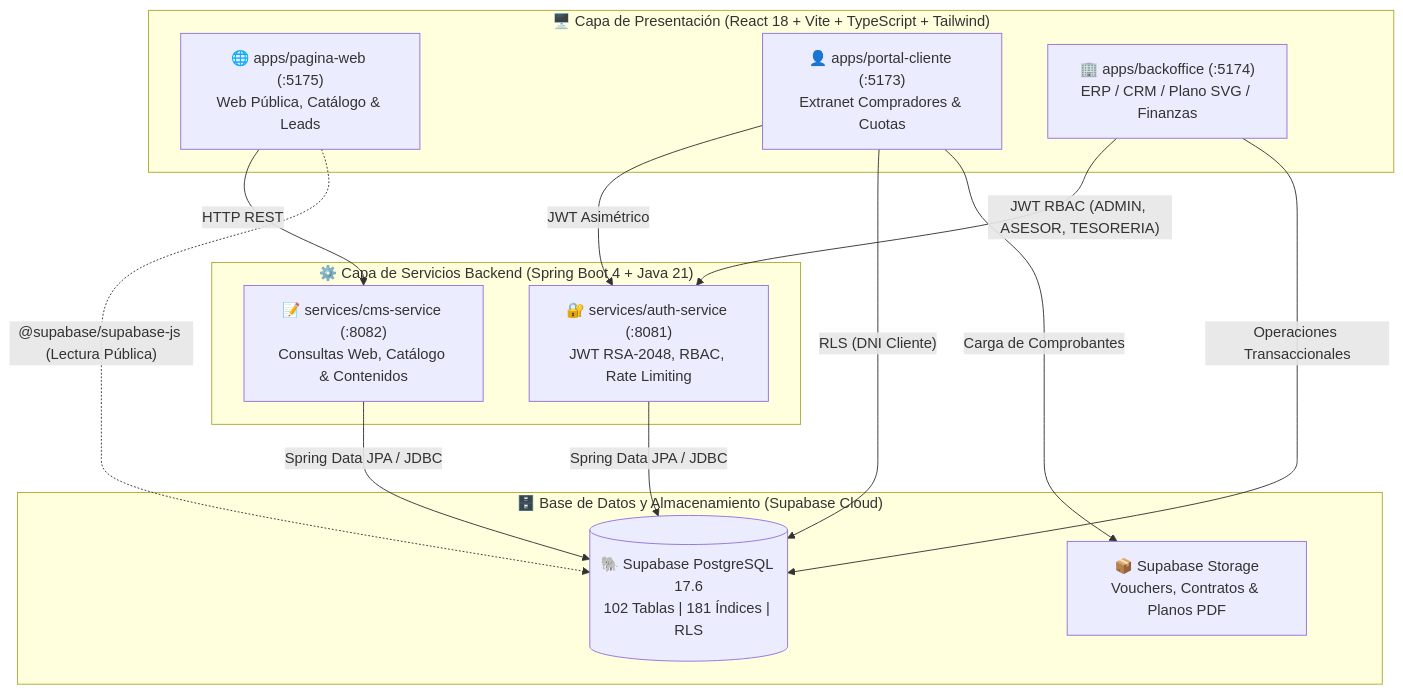
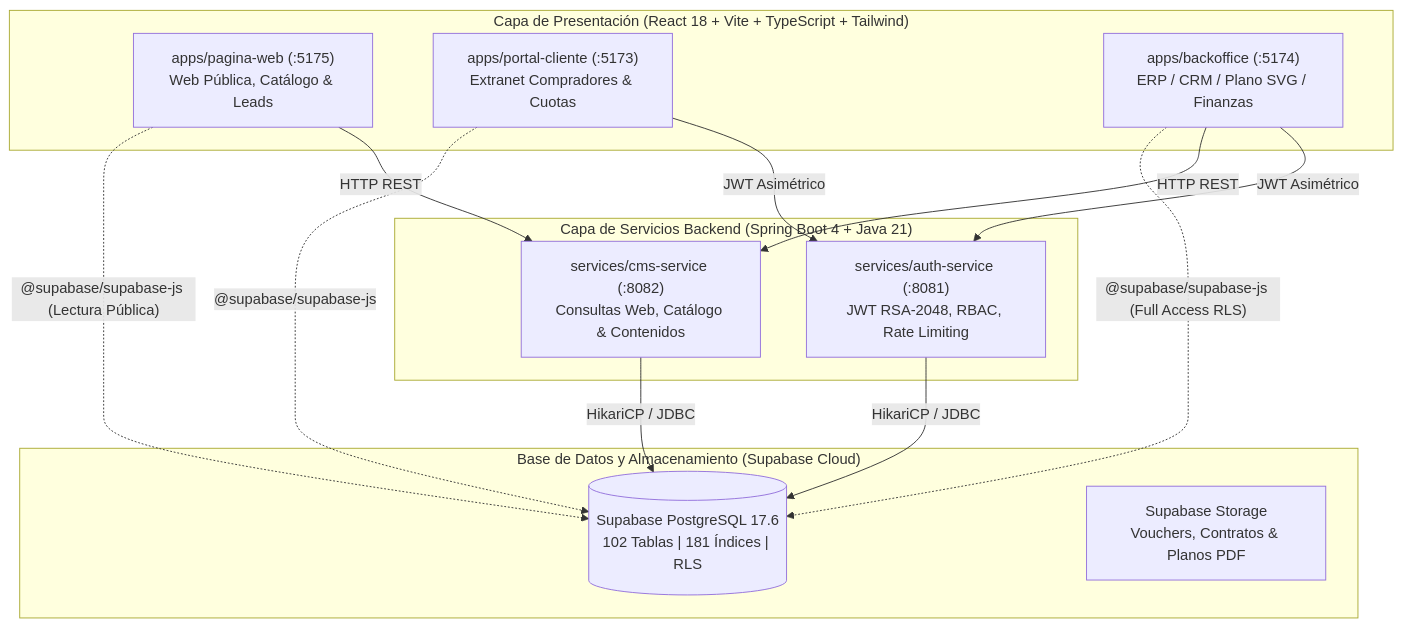
Before and after one commit to astarothprueba10-ui/SGI-Monolithe: the first of 2 diagrams in README.md, drawn with Mermaid. The commit also changed other lines of this file and 6 other files, not shown here.

````diff
--- a/README.md
+++ b/README.md
@@ -105,29 +72,29 @@
 ```mermaid
 graph TD
-    subgraph PRESENTATION ["🖥️ Capa de Presentación (React 18 + Vite + TypeScript + Tailwind)"]
-        WEB["🌐 apps/pagina-web (:5175)<br/>Web Pública, Catálogo & Leads"]
-        CLIENT["👤 apps/portal-cliente (:5173)<br/>Extranet Compradores & Cuotas"]
-        ADMIN["🏢 apps/backoffice (:5174)<br/>ERP / CRM / Plano SVG / Finanzas"]
+    subgraph PRESENTATION ["Capa de Presentación (React 18 + Vite + TypeScript + Tailwind)"]
+        WEB["apps/pagina-web (:5175)<br/>Web Pública, Catálogo & Leads"]
+        CLIENT["apps/portal-cliente (:5173)<br/>Extranet Compradores & Cuotas"]
+        ADMIN["apps/backoffice (:5174)<br/>ERP / CRM / Plano SVG / Finanzas"]
     end
 
-    subgraph SERVICES ["⚙️ Capa de Servicios Backend (Spring Boot 4 + Java 21)"]
-        AUTH_SRV["🔐 services/auth-service (:8081)<br/>JWT RSA-2048, RBAC, Rate Limiting"]
-        CMS_SRV["📝 services/cms-service (:8082)<br/>Consultas Web, Catálogo & Contenidos"]
+    subgraph SERVICES ["Capa de Servicios Backend (Spring Boot 4 + Java 21)"]
+        AUTH_SRV["services/auth-service (:8081)<br/>JWT RSA-2048, RBAC, Rate Limiting"]
+        CMS_SRV["services/cms-service (:8082)<br/>Consultas Web, Catálogo & Contenidos"]
     end
 
-    subgraph DATABASE ["🗄️ Base de Datos y Almacenamiento (Supabase Cloud)"]
-        POSTGRES[("🐘 Supabase PostgreSQL 17.6<br/>102 Tablas | 181 Índices | RLS")]
-        STORAGE_BUCKET["📦 Supabase Storage<br/>Vouchers, Contratos & Planos PDF"]
+    subgraph DATABASE ["Base de Datos y Almacenamiento (Supabase Cloud)"]
+        POSTGRES[("Supabase PostgreSQL 17.6<br/>102 Tablas | 181 Índices | RLS")]
+        STORAGE_BUCKET["Supabase Storage<br/>Vouchers, Contratos & Planos PDF"]
     end
 
     WEB -->|"HTTP REST"| CMS_SRV
     WEB -.->|"@supabase/supabase-js (Lectura Pública)"| POSTGRES
     CLIENT -->|"JWT Asimétrico"| AUTH_SRV
-    CLIENT -->|"RLS (DNI Cliente)"| POSTGRES
-    CLIENT -->|"Carga de Comprobantes"| STORAGE_BUCKET
-    ADMIN -->|"JWT RBAC (ADMIN, ASESOR, TESORERIA)"| AUTH_SRV
-    ADMIN -->|"Operaciones Transaccionales"| POSTGRES
+    CLIENT -.->|"@supabase/supabase-js"| POSTGRES
+    ADMIN -->|"JWT Asimétrico"| AUTH_SRV
+    ADMIN -->|"HTTP REST"| CMS_SRV
+    ADMIN -.->|"@supabase/supabase-js (Full Access RLS)"| POSTGRES
 
-    CMS_SRV -->|"Spring Data JPA / JDBC"| POSTGRES
-    AUTH_SRV -->|"Spring Data JPA / JDBC"| POSTGRES
+    AUTH_SRV -->|"HikariCP / JDBC"| POSTGRES
+    CMS_SRV -->|"HikariCP / JDBC"| POSTGRES
 ```
````
